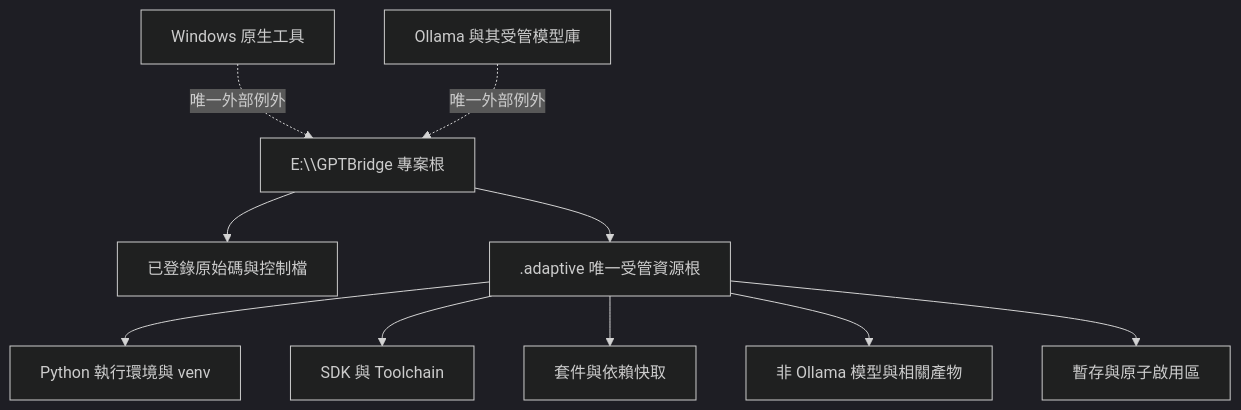
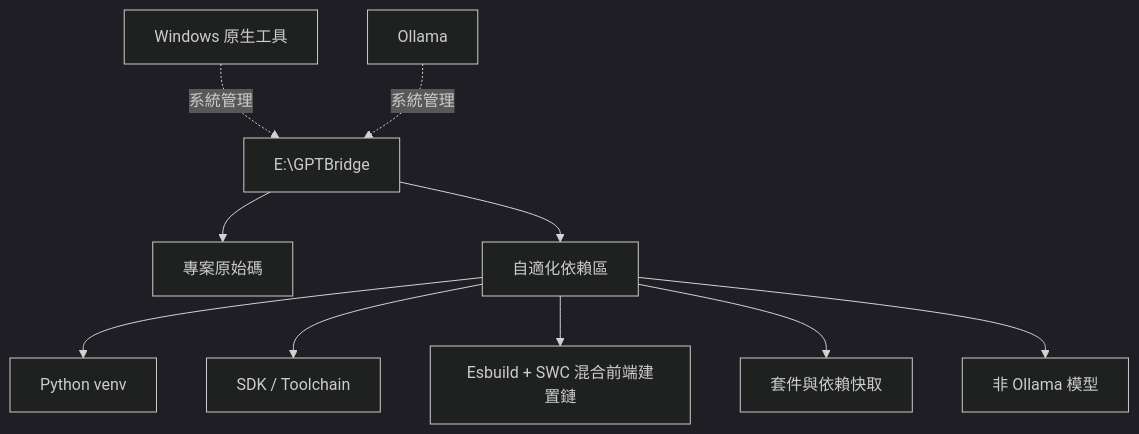
One commit to guilty442-source/GPTBridge changed diagram 11 of 11 in governance_rule/codex/architecture-project.md. Above: the diagram before and after it, drawn with Mermaid (dark theme). The commit also changed other lines of this file, not shown here.

Commit message:
docs(codex): sync Python boundary to A35; replace retired Qdrant with vectord-rs (A621) [worker:devin]

````diff
--- a/governance_rule/codex/architecture-project.md
+++ b/governance_rule/codex/architecture-project.md
@@ -111,12 +377,13 @@
 ```mermaid
 flowchart TB
-  ROOT["E:\\GPTBridge 專案根"] --> SRC[已登錄原始碼與控制檔]
-  ROOT --> ADAPT[".adaptive 唯一受管資源根"]
-  ADAPT --> ENV[Python 執行環境與 venv]
-  ADAPT --> SDK[SDK 與 Toolchain]
-  ADAPT --> PKG[套件與依賴快取]
-  ADAPT --> MODEL[非 Ollama 模型與相關產物]
-  ADAPT --> STAGE[暫存與原子啟用區]
-  WIN[Windows 原生工具] -. 唯一外部例外 .-> ROOT
-  OLLAMA[Ollama 與其受管模型庫] -. 唯一外部例外 .-> ROOT
+  ROOT[E:\GPTBridge]
+  ROOT --> SRC[專案原始碼]
+  ROOT --> ADAPT[自適化依賴區]
+  ADAPT --> VENV[Python venv]
+  ADAPT --> SDK[SDK / Toolchain]
+  ADAPT --> WEBBUILD[Esbuild + SWC 混合前端建置鏈]
+  ADAPT --> CACHE[套件與依賴快取]
+  ADAPT --> MODELS[非 Ollama 模型]
+  WIN[Windows 原生工具] -.系統管理.-> ROOT
+  OLLAMA[Ollama] -.系統管理.-> ROOT
 ```
````
